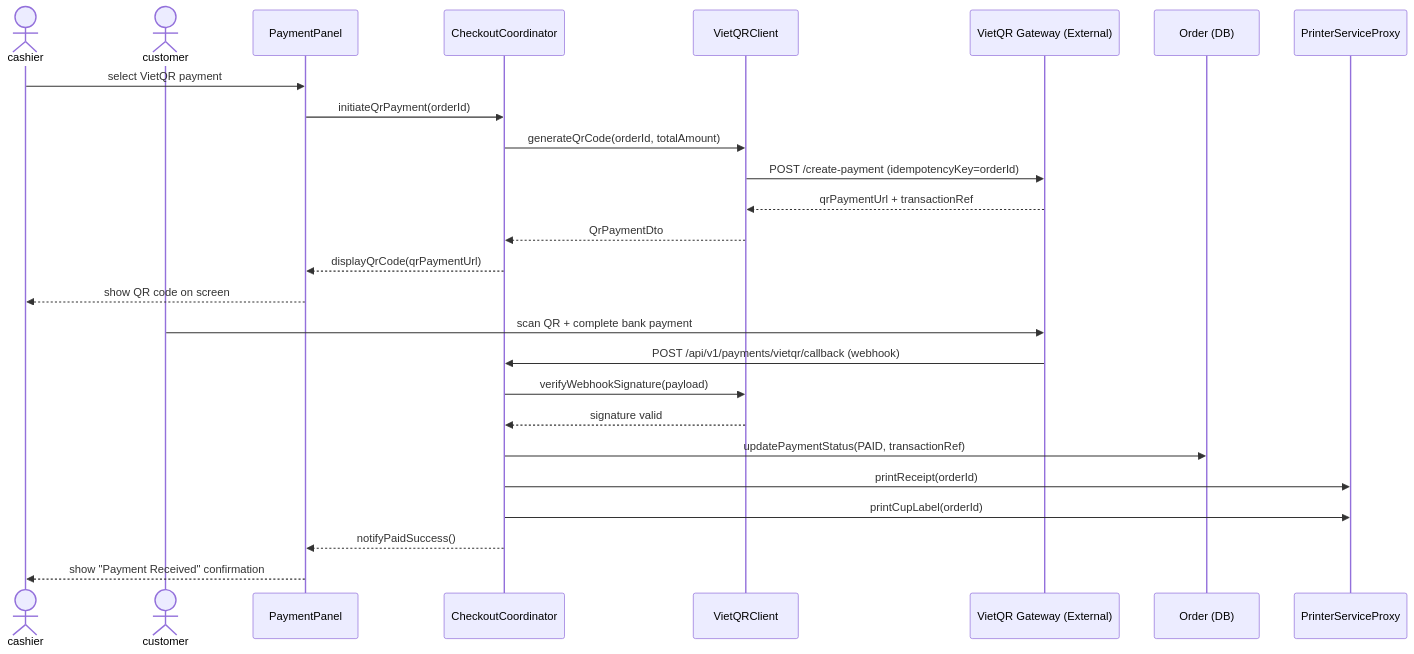
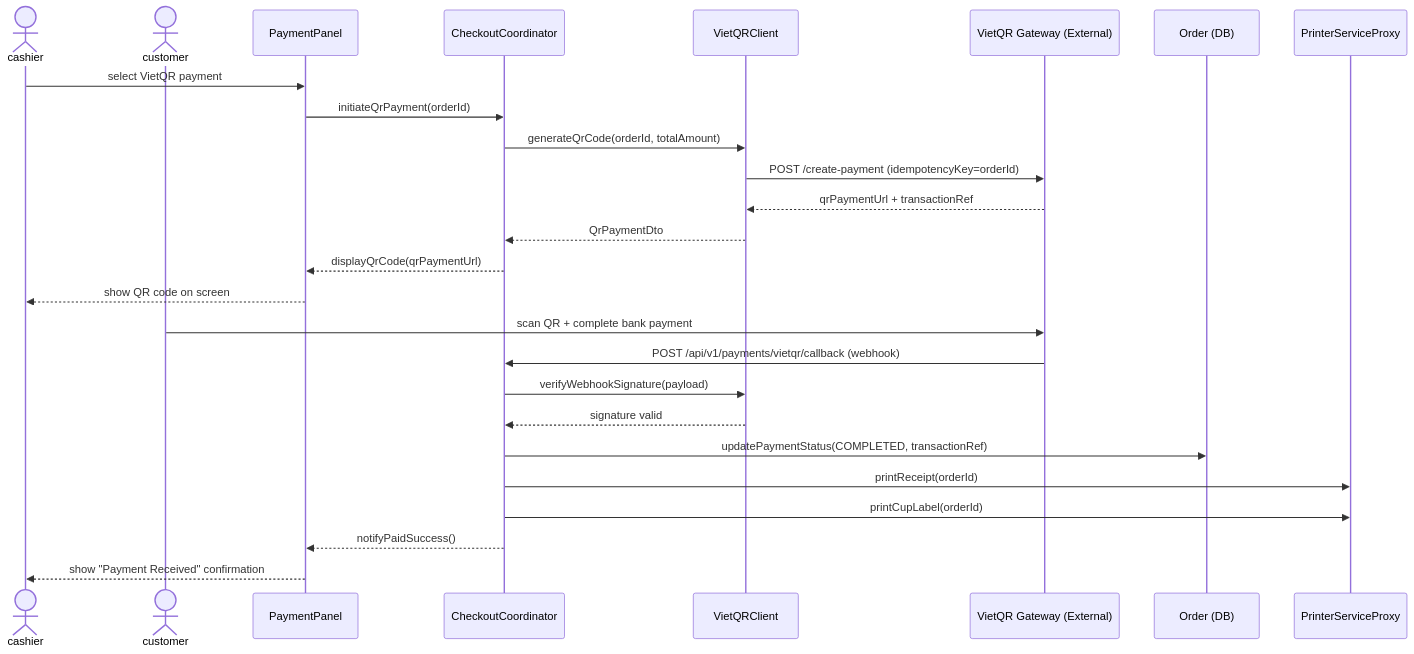
The fourth of 6 diagrams in rds_sections/10_detailed_3_7_pos_transaction.md (Shaichi/Khoga_coffe_shop), drawn with Mermaid before and after one commit. The commit also changed other lines of this file and 15 other files, not shown here.

````diff
--- a/rds_sections/10_detailed_3_7_pos_transaction.md
+++ b/rds_sections/10_detailed_3_7_pos_transaction.md
@@ -209,30 +209,30 @@
 ```mermaid
 sequenceDiagram
     actor cashier
     actor customer
     participant PayPanel as PaymentPanel
     participant CheckoutCoord as CheckoutCoordinator
     participant VietQRClient
     participant VietQRGateway as VietQR Gateway (External)
     participant OrderDB as Order (DB)
     participant PrintSvc as PrinterServiceProxy
 
     cashier->>PayPanel: select VietQR payment
     PayPanel->>CheckoutCoord: initiateQrPayment(orderId)
     CheckoutCoord->>VietQRClient: generateQrCode(orderId, totalAmount)
     VietQRClient->>VietQRGateway: POST /create-payment (idempotencyKey=orderId)
     VietQRGateway-->>VietQRClient: qrPaymentUrl + transactionRef
     VietQRClient-->>CheckoutCoord: QrPaymentDto
     CheckoutCoord-->>PayPanel: displayQrCode(qrPaymentUrl)
     PayPanel-->>cashier: show QR code on screen
 
     customer->>VietQRGateway: scan QR + complete bank payment
     VietQRGateway->>CheckoutCoord: POST /api/v1/payments/vietqr/callback (webhook)
     CheckoutCoord->>VietQRClient: verifyWebhookSignature(payload)
     VietQRClient-->>CheckoutCoord: signature valid
-    CheckoutCoord->>OrderDB: updatePaymentStatus(PAID, transactionRef)
+    CheckoutCoord->>OrderDB: updatePaymentStatus(COMPLETED, transactionRef)
     CheckoutCoord->>PrintSvc: printReceipt(orderId)
     CheckoutCoord->>PrintSvc: printCupLabel(orderId)
     CheckoutCoord-->>PayPanel: notifyPaidSuccess()
     PayPanel-->>cashier: show "Payment Received" confirmation
 ```
````
